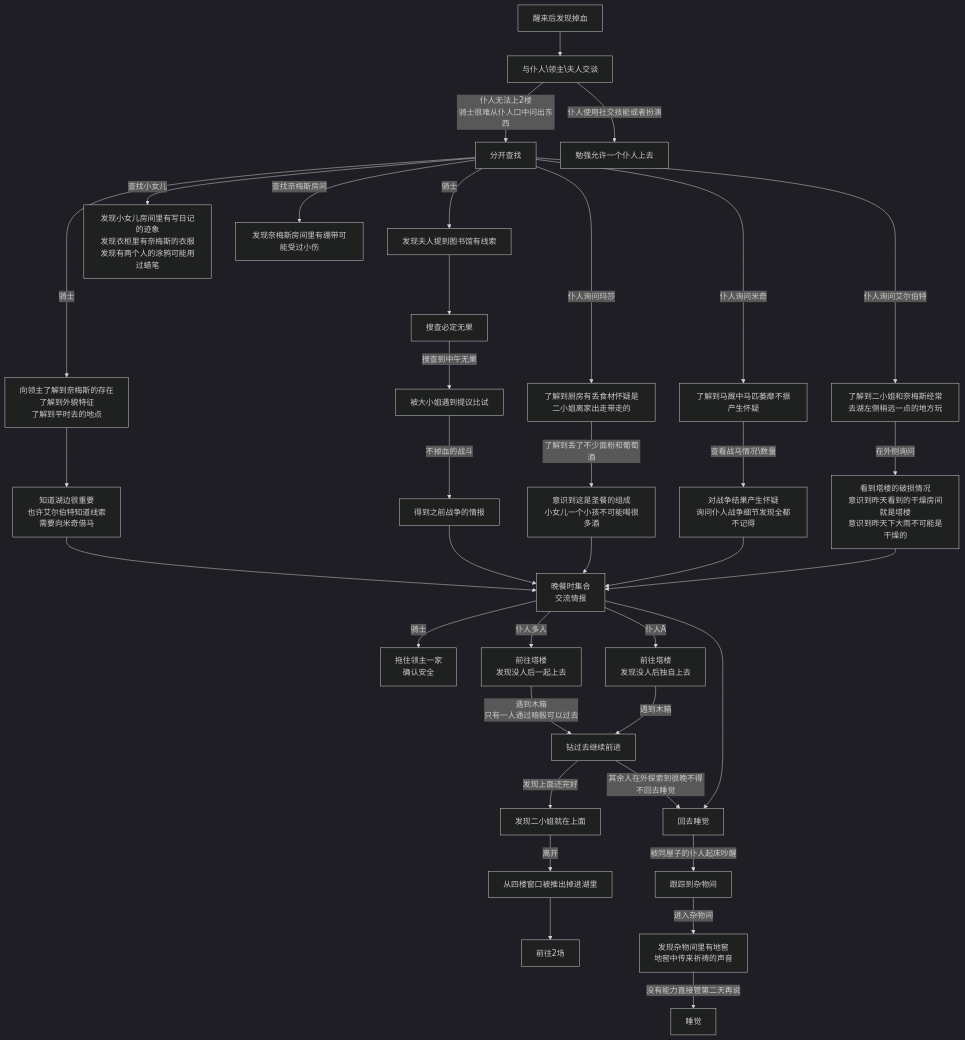
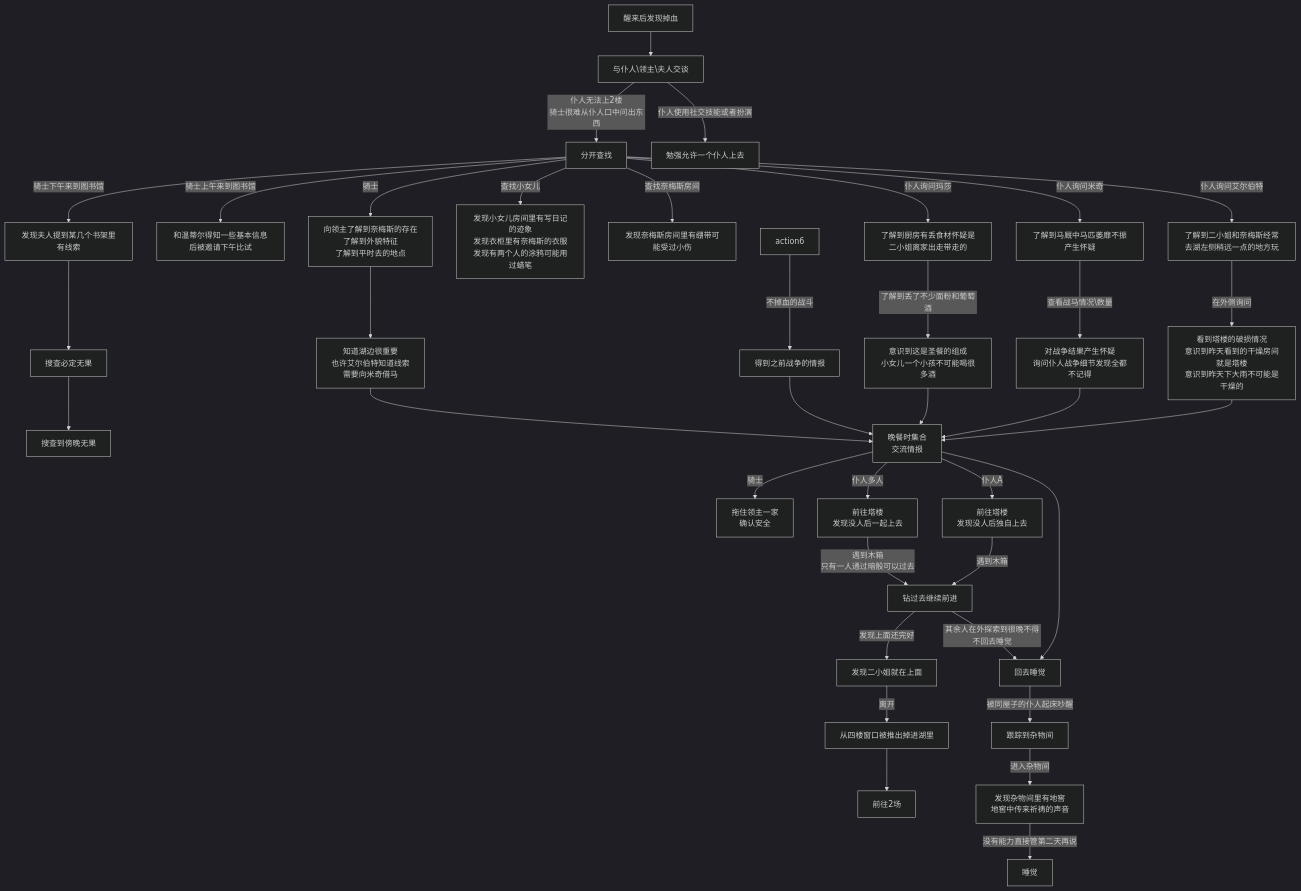
Before and after one commit to SitaNya/coc: the third of 6 diagrams in ullswater/守密人信息.md, drawn with Mermaid (dark theme). The commit also changed other lines of this file and 1 other file, not shown here.

````diff
--- a/ullswater/守密人信息.md
+++ b/ullswater/守密人信息.md
@@ -289,38 +291,39 @@
 ```mermaid
 graph TB
     start[醒来后发现掉血]-->action1[与仆人\领主\夫人交谈]
     action1--仆人无法上2楼<br/>骑士很难从仆人口中问出东西-->action2[分开查找]
     action1--仆人使用社交技能或者扮演-->勉强允许一个仆人上去
-    action2--骑士-->action3[发现夫人提到图书馆有线索]
+    action2--骑士下午来到图书馆-->action3[发现夫人提到某几个书架里有线索]
+    action2--骑士上午来到图书馆-->action101[和温蒂尔得知一些基本信息后被邀请下午比试]
     action3-->action30[搜查必定无果]
     action2--骑士-->action4[向领主了解到奈梅斯的存在<br/>了解到外貌特征<br/>了解到平时去的地点]
     action4-->action5[知道湖边很重要<br/>也许艾尔伯特知道线索<br/>需要向米奇借马]
     action2--查找小女儿-->action25[发现小女儿房间里有写日记的迹象<br/>发现衣柜里有奈梅斯的衣服<br/>发现有两个人的涂鸦可能用过蜡笔]
     action2--查找奈梅斯房间-->action26[发现奈梅斯房间里有绷带可能受过小伤]
-    action30--搜查到中午无果-->action6[被大小姐遇到提议比试]
+    action30-->action102[搜查到傍晚无果]
     action6--不掉血的战斗-->action7[得到之前战争的情报]
     action2--仆人询问玛莎-->action8[了解到厨房有丢食材怀疑是二小姐离家出走带走的]
     action8--了解到丢了不少面粉和葡萄酒-->action9[意识到这是圣餐的组成<br/>小女儿一个小孩不可能喝很多酒]
     action2--仆人询问米奇-->action10[了解到马厩中马匹萎靡不振产生怀疑]
     action10--查看战马情况\数量-->action11[对战争结果产生怀疑<br/>询问仆人战争细节发现全都不记得]
     action2--仆人询问艾尔伯特-->action12[了解到二小姐和奈梅斯经常去湖左侧稍远一点的地方玩]
     action12--在外侧询问-->action13[看到塔楼的破损情况<br/>意识到昨天看到的干燥房间就是塔楼<br/>意识到昨天下大雨不可能是干燥的]
     action13-->action14[晚餐时集合<br/>交流情报]
     action11-->action14[晚餐时集合<br/>交流情报]
     action9-->action14[晚餐时集合<br/>交流情报]
     action7-->action14[晚餐时集合<br/>交流情报]
     action5-->action14[晚餐时集合<br/>交流情报]
     action14--骑士-->action15[拖住领主一家<br/>确认安全]
     action14--仆人A-->action16[前往塔楼<br/>发现没人后独自上去]
     action14--仆人多人-->action17[前往塔楼<br/>发现没人后一起上去]
     action14-->action21[回去睡觉]
     action16--遇到木箱-->action18[钻过去继续前进]
     action18--其余人在外探索到很晚不得不回去睡觉-->action21
     action17--遇到木箱<br/>只有一人通过暗骰可以过去-->action18
     action18--发现上面还完好-->action19[发现二小姐就在上面]
     action19--离开-->action20[从四楼窗口被推出掉进湖里]
     action20-->action50[前往2场]
     action21--被同屋子的仆人起床吵醒-->action22[跟踪到杂物间]
     action22--进入杂物间-->action23[发现杂物间里有地窖<br/>地窖中传来祈祷的声音]
     action23--没有能力直接管第二天再说-->stop[睡觉]
 ```
````
